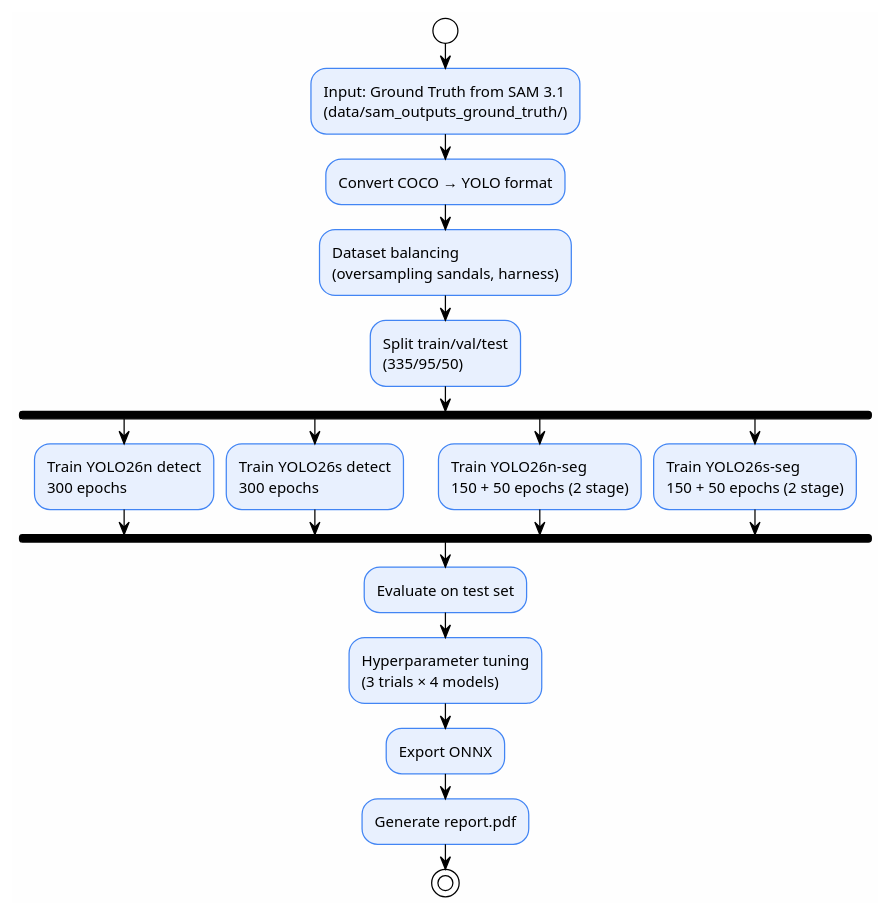
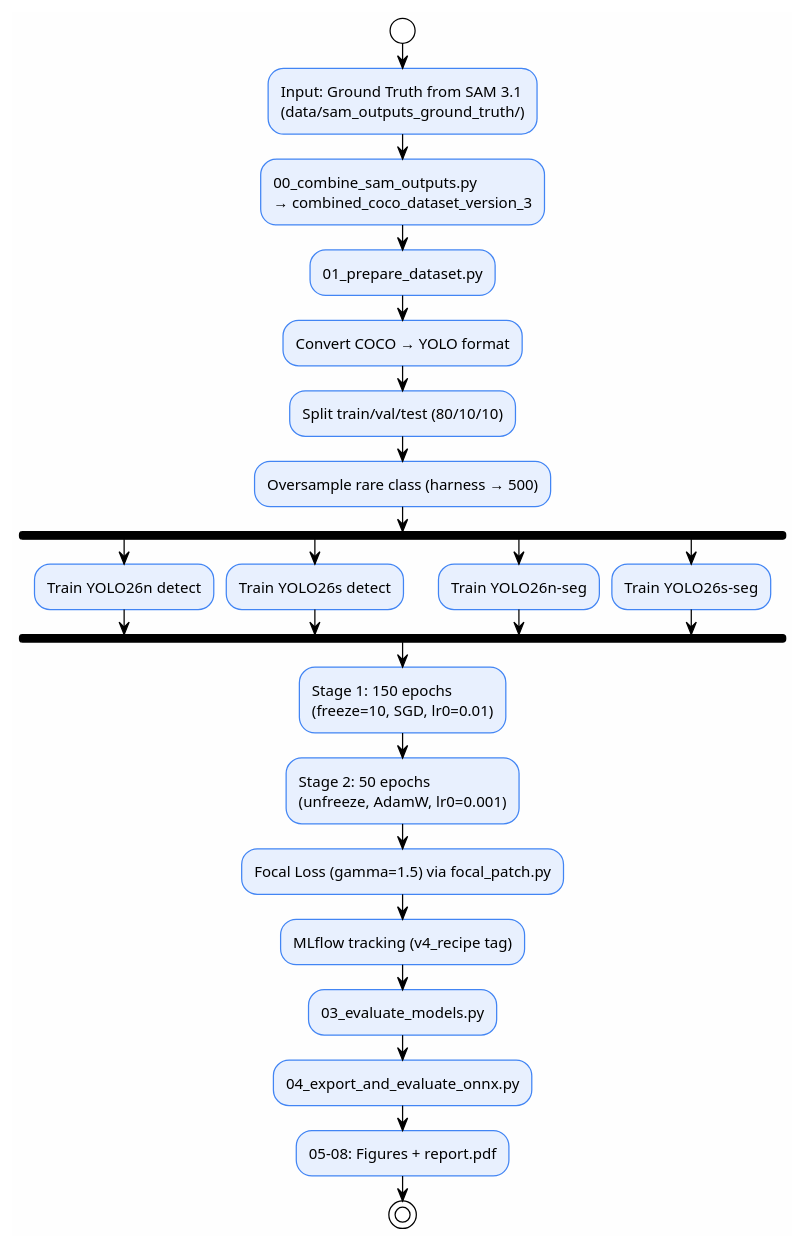
The first of 2 diagrams in docs/pipeline/05-yolo26-training.md (PawaKan19/PPE_by-Sam3.1-YOLO26-v2), drawn with PlantUML before and after one commit. The commit also changed other lines of this file and 13 other files, not shown here.

First line of the commit message:
Update documentation to reflect v3 dataset (4 classes) and v4_recipe training

````diff
--- a/docs/pipeline/05-yolo26-training.md
+++ b/docs/pipeline/05-yolo26-training.md
@@ -33,32 +37,39 @@
 ```plantuml {align="center"}
 @startuml
 !theme plain
 skinparam linetype ortho
 skinparam backgroundColor #FEFEFE
 skinparam ActivityBackgroundColor #E8F0FE
 skinparam ActivityBorderColor #4285F4
 
 start
 :Input: Ground Truth from SAM 3.1\n(data/sam_outputs_ground_truth/);
+:00_combine_sam_outputs.py\n→ combined_coco_dataset_version_3;
+:01_prepare_dataset.py;
 :Convert COCO → YOLO format;
-:Dataset balancing\n(oversampling sandals, harness);
-:Split train/val/test\n(335/95/50);
+:Split train/val/test (80/10/10);
+:Oversample rare class (harness → 500);
 
 fork
-  :Train YOLO26n detect\n300 epochs;
+  :Train YOLO26n detect;
 fork again
-  :Train YOLO26s detect\n300 epochs;
+  :Train YOLO26s detect;
 fork again
-  :Train YOLO26n-seg\n150 + 50 epochs (2 stage);
+  :Train YOLO26n-seg;
 fork again
-  :Train YOLO26s-seg\n150 + 50 epochs (2 stage);
+  :Train YOLO26s-seg;
 end fork
 
-:Evaluate on test set;
-:Hyperparameter tuning\n(3 trials × 4 models);
-:Export ONNX;
-:Generate report.pdf;
+:Stage 1: 150 epochs\n(freeze=10, SGD, lr0=0.01);
+:Stage 2: 50 epochs\n(unfreeze, AdamW, lr0=0.001);
+:Focal Loss (gamma=1.5) via focal_patch.py;
+:MLflow tracking (v4_recipe tag);
+
+:03_evaluate_models.py;
+:04_export_and_evaluate_onnx.py;
+:05-08: Figures + report.pdf;
+
 stop
 
 @enduml
 ```
````
